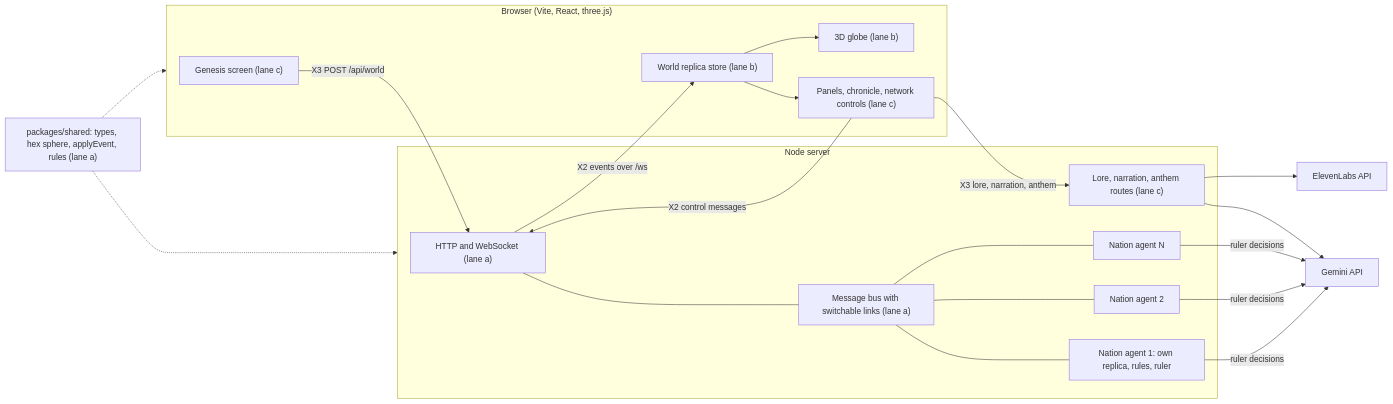
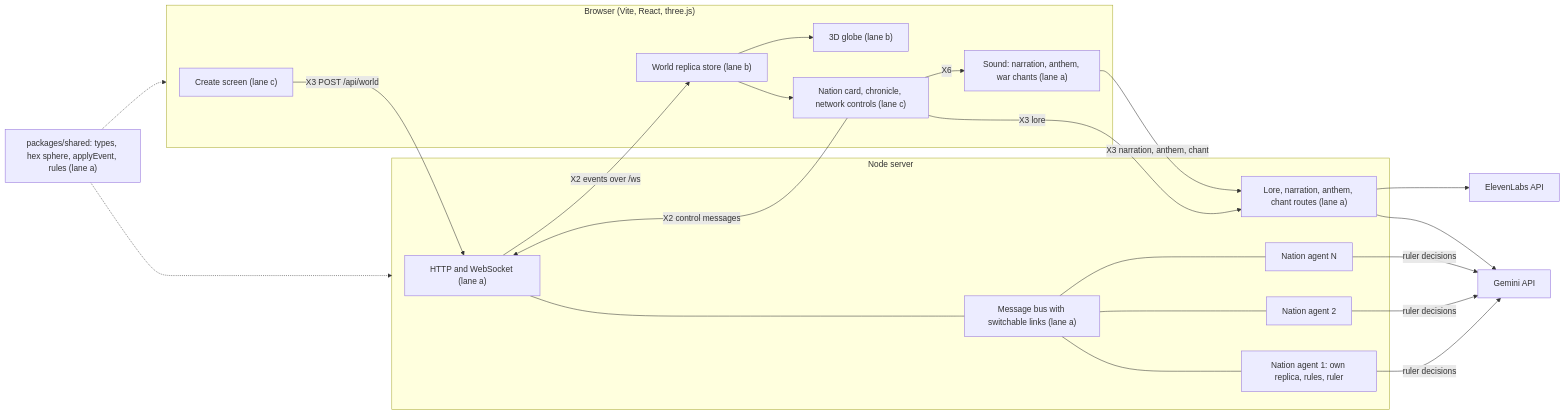
One commit to SamsSide/Durhack-2026 changed the diagram in docs/hackathon-plan.md. Above: the diagram before and after it, drawn with Mermaid. The commit also changed other lines of this file and 8 other files, not shown here.

First line of the commit message:
docs: rebalance the lanes and add the hologram, war chants and map modes to the plan (#11)

````diff
--- a/docs/hackathon-plan.md
+++ b/docs/hackathon-plan.md
@@ -56,33 +58,36 @@
 ```mermaid
 flowchart LR
   subgraph WEB["Browser (Vite, React, three.js)"]
-    GEN["Genesis screen (lane c)"]
+    GEN["Create screen (lane c)"]
     GLOBE["3D globe (lane b)"]
-    PANELS["Panels, chronicle, network controls (lane c)"]
+    PANELS["Nation card, chronicle, network controls (lane c)"]
+    AUDIO["Sound: narration, anthem, war chants (lane a)"]
     STORE["World replica store (lane b)"]
   end
   subgraph SRV["Node server"]
     API["HTTP and WebSocket (lane a)"]
     BUS["Message bus with switchable links (lane a)"]
     AG1["Nation agent 1: own replica, rules, ruler"]
     AG2["Nation agent 2"]
     AGN["Nation agent N"]
-    STORY["Lore, narration, anthem routes (lane c)"]
+    STORY["Lore, narration, anthem, chant routes (lane a)"]
   end
   SHARED["packages/shared: types, hex sphere, applyEvent, rules (lane a)"]
   GEM["Gemini API"]
   EL["ElevenLabs API"]
   GEN -->|X3 POST /api/world| API
   API -->|X2 events over /ws| STORE
   STORE --> GLOBE
   STORE --> PANELS
   PANELS -->|X2 control messages| API
-  PANELS -->|X3 lore, narration, anthem| STORY
+  PANELS -->|X3 lore| STORY
+  PANELS -->|X6| AUDIO
+  AUDIO -->|X3 narration, anthem, chant| STORY
   API --- BUS
   BUS --- AG1 & AG2 & AGN
   AG1 & AG2 & AGN -->|ruler decisions| GEM
   STORY --> GEM
   STORY --> EL
   SHARED -.-> WEB
   SHARED -.-> SRV
 ```
````
